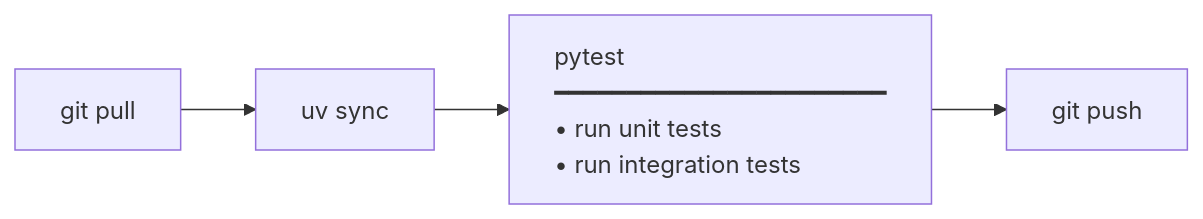
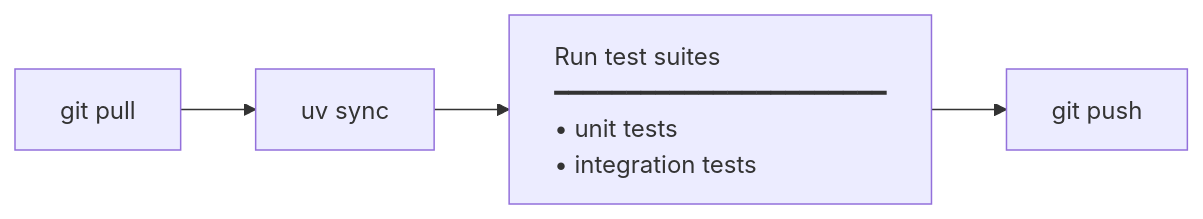
The diagram in loom-workflow/skills/loom-visualization/templates/02-linear-steps.md (kouko/loom-plugins), drawn with Mermaid before and after one commit. The commit also changed other lines of this file and 23 other files, not shown here.

First line of the commit message:
feat(loom-workflow): clarify diagram node titles (#97)

````diff
--- a/loom-workflow/skills/loom-visualization/templates/02-linear-steps.md
+++ b/loom-workflow/skills/loom-visualization/templates/02-linear-steps.md
@@ -60,4 +60,4 @@
 ```mermaid
 flowchart LR
-    A["git pull"] --> B["uv sync"] --> C[<div style='text-align:left'>pytest<br/>━━━━━━━━━━━━━━━━━━━━━━━<br/>• run unit tests<br/>• run integration tests</div>] --> D["git push"]
+    A["git pull"] --> B["uv sync"] --> C[<div style='text-align:left'>Run test suites<br/>━━━━━━━━━━━━━━━━━━━━━━━<br/>• unit tests<br/>• integration tests</div>] --> D["git push"]
 ```
````
